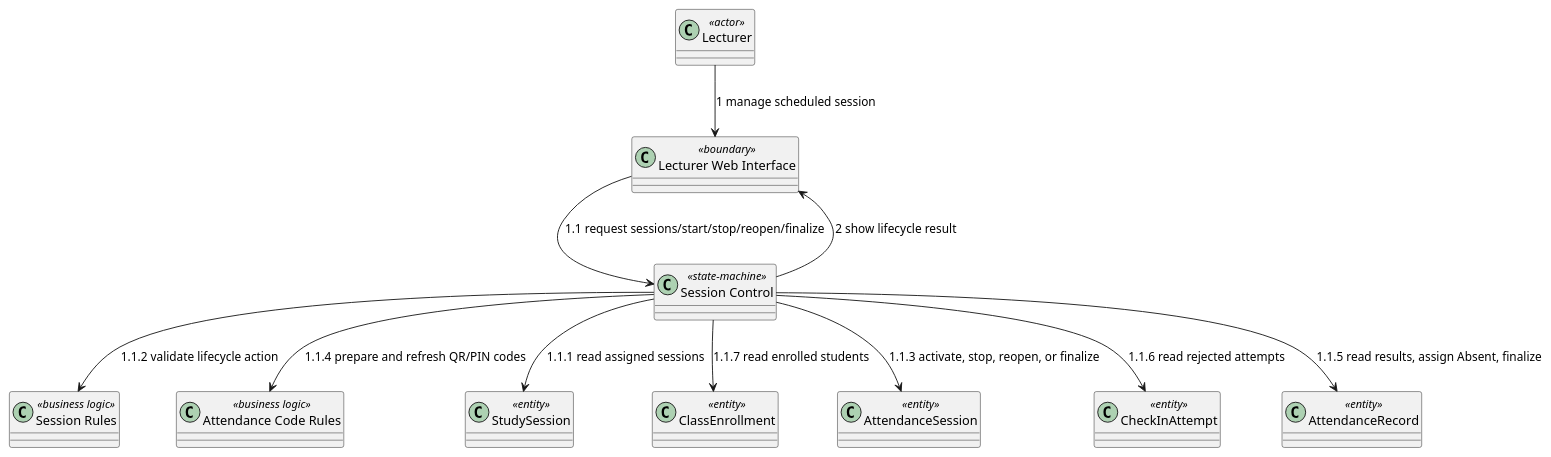
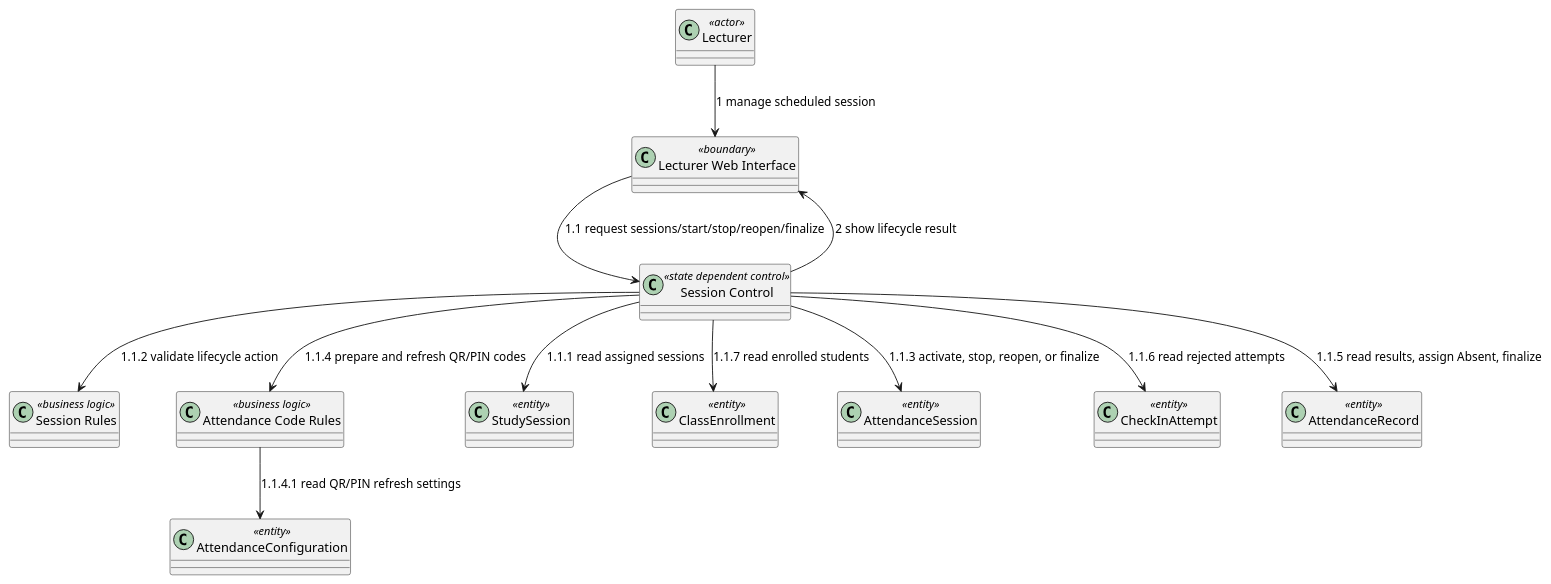
One commit to nttung42/SWD392 changed diagram 13 of 26 in docs/sds/2_Analysis.md. Above: the diagram before and after it, drawn with PlantUML. The commit also changed other lines of this file, not shown here.

Commit message:
tmp Contextual boundary class diagram

````diff
--- a/docs/sds/2_Analysis.md
+++ b/docs/sds/2_Analysis.md
@@ -682,25 +885,27 @@
 ```plantuml
 @startuml
 class "Lecturer" as Lecturer <<actor>>
 class "Lecturer Web Interface" as LecturerUI <<boundary>>
-class "Session Control" as SessionControl <<state-machine>>
+class "Session Control" as SessionControl <<state dependent control>>
 class "Session Rules" as SessionRules <<business logic>>
 class "Attendance Code Rules" as CodeRules <<business logic>>
+class "AttendanceConfiguration" as AttendanceConfig <<entity>>
 class "StudySession" as StudySession <<entity>>
 class "ClassEnrollment" as ClassEnrollment <<entity>>
 class "AttendanceSession" as AttendanceSession <<entity>>
 class "CheckInAttempt" as CheckInAttempt <<entity>>
 class "AttendanceRecord" as AttendanceRecord <<entity>>
 
 Lecturer --> LecturerUI : 1 manage scheduled session
 LecturerUI --> SessionControl : 1.1 request sessions/start/stop/reopen/finalize
 SessionControl --> StudySession : 1.1.1 read assigned sessions
 SessionControl --> SessionRules : 1.1.2 validate lifecycle action
 SessionControl --> AttendanceSession : 1.1.3 activate, stop, reopen, or finalize
 SessionControl --> CodeRules : 1.1.4 prepare and refresh QR/PIN codes
+CodeRules --> AttendanceConfig : 1.1.4.1 read QR/PIN refresh settings
 SessionControl --> AttendanceRecord : 1.1.5 read results, assign Absent, finalize
 SessionControl --> CheckInAttempt : 1.1.6 read rejected attempts
 SessionControl --> ClassEnrollment : 1.1.7 read enrolled students
 SessionControl --> LecturerUI : 2 show lifecycle result
 @enduml
 ```
````
